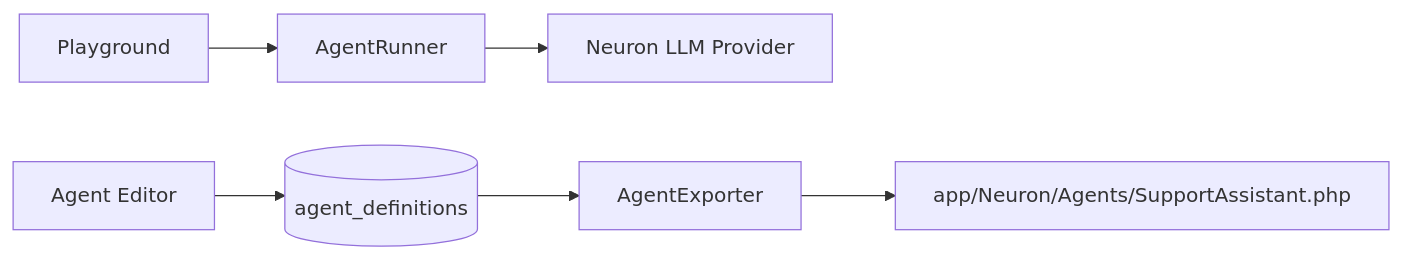
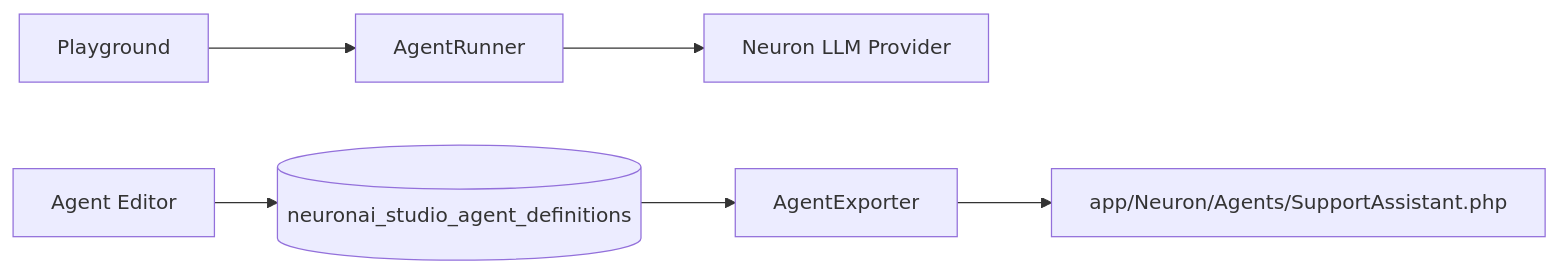
Before and after one commit to digitalelvis/neuronai-studio: the diagram in docs/getting-started/quickstart-first-agent.md, drawn with Mermaid. The commit also changed 37 other files, not shown here.

````diff
--- a/docs/getting-started/quickstart-first-agent.md
+++ b/docs/getting-started/quickstart-first-agent.md
@@ -55,8 +55,8 @@
 ```mermaid
 flowchart LR
-    Studio[Agent Editor] --> DB[(agent_definitions)]
+    Studio[Agent Editor] --> DB[(neuronai_studio_agent_definitions)]
     Playground[Playground] --> Runner[AgentRunner]
     Runner --> Provider[Neuron LLM Provider]
     DB --> Export[AgentExporter]
     Export --> PHP[app/Neuron/Agents/SupportAssistant.php]
 ```
````
